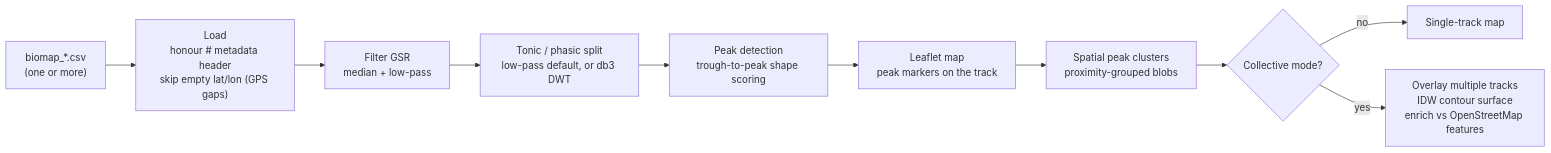
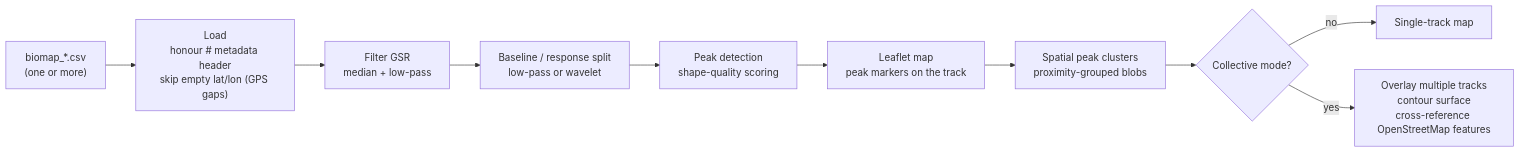
One commit to Softhook/BioMapping changed the diagram in README.md. Above: the diagram before and after it, drawn with Mermaid. The commit also changed other lines of this file, not shown here.

````diff
--- a/README.md
+++ b/README.md
@@ -279,12 +245,12 @@
 ```mermaid
 flowchart LR
     CSV["biomap_*.csv<br/>(one or more)"] --> LOAD["Load<br/>honour # metadata header<br/>skip empty lat/lon (GPS gaps)"]
     LOAD --> FILT["Filter GSR<br/>median + low-pass"]
-    FILT --> SPLIT["Tonic / phasic split<br/>low-pass default, or db3 DWT"]
-    SPLIT --> PEAK["Peak detection<br/>trough-to-peak shape scoring"]
+    FILT --> SPLIT["Baseline / response split<br/>low-pass or wavelet"]
+    SPLIT --> PEAK["Peak detection<br/>shape-quality scoring"]
     PEAK --> MAP["Leaflet map<br/>peak markers on the track"]
     MAP --> CLUST["Spatial peak clusters<br/>proximity-grouped blobs"]
     CLUST --> Q{"Collective mode?"}
     Q -->|no| SINGLE["Single-track map"]
-    Q -->|yes| COLL["Overlay multiple tracks<br/>IDW contour surface<br/>enrich vs OpenStreetMap features"]
+    Q -->|yes| COLL["Overlay multiple tracks<br/>contour surface<br/>cross-reference OpenStreetMap features"]
 ```
````
